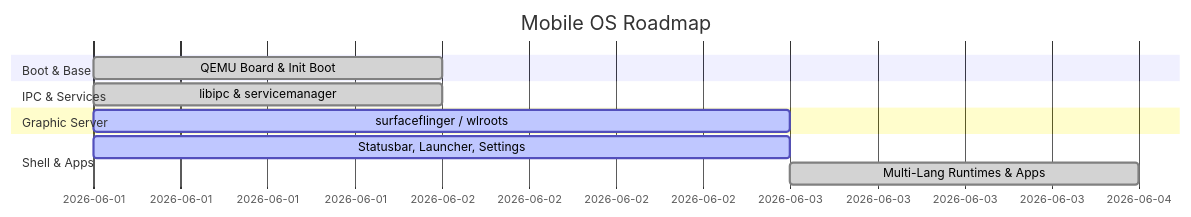
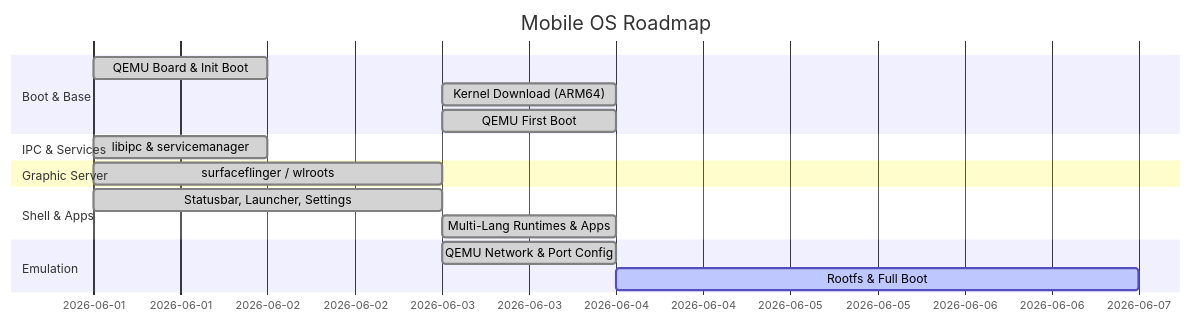
Before and after one commit to mc-simon-cd/mobil_os: the diagram in progress.md, drawn with Mermaid. The commit also changed other lines of this file and 2 other files, not shown here.

First line of the commit message:
docs: update progress.md & surum.md for Milestone 10-11 (kernel + QEMU first boot)

````diff
--- a/progress.md
+++ b/progress.md
@@ -9,14 +9,19 @@
 ```mermaid
 gantt
     title Mobile OS Roadmap
     dateFormat  YYYY-MM-DD
     section Boot & Base
     QEMU Board & Init Boot        :done, 2026-06-01, 1d
+    Kernel Download (ARM64)       :done, 2026-06-03, 1d
+    QEMU First Boot               :done, 2026-06-03, 1d
     section IPC & Services
     libipc & servicemanager       :done, 2026-06-01, 1d
     section Graphic Server
-    surfaceflinger / wlroots     :active, 2026-06-01, 2d
+    surfaceflinger / wlroots     :done, 2026-06-01, 2d
     section Shell & Apps
-    Statusbar, Launcher, Settings :active, 2026-06-01, 2d
+    Statusbar, Launcher, Settings :done, 2026-06-01, 2d
     Multi-Lang Runtimes & Apps    :done, 2026-06-03, 1d
+    section Emulation
+    QEMU Network & Port Config    :done, 2026-06-03, 1d
+    Rootfs & Full Boot            :active, 2026-06-04, 3d
 ```
````
